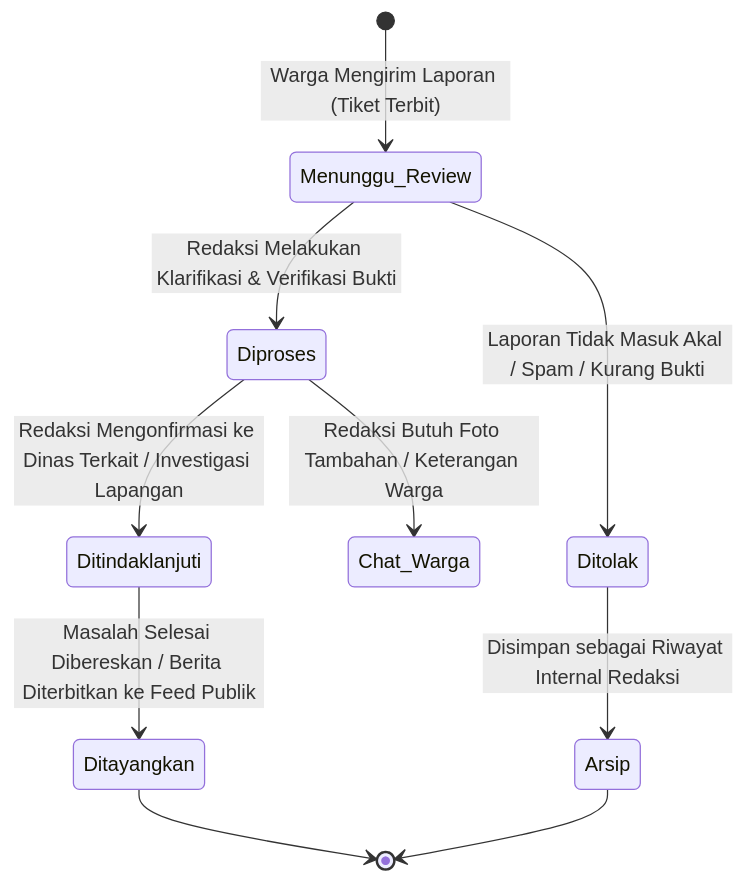
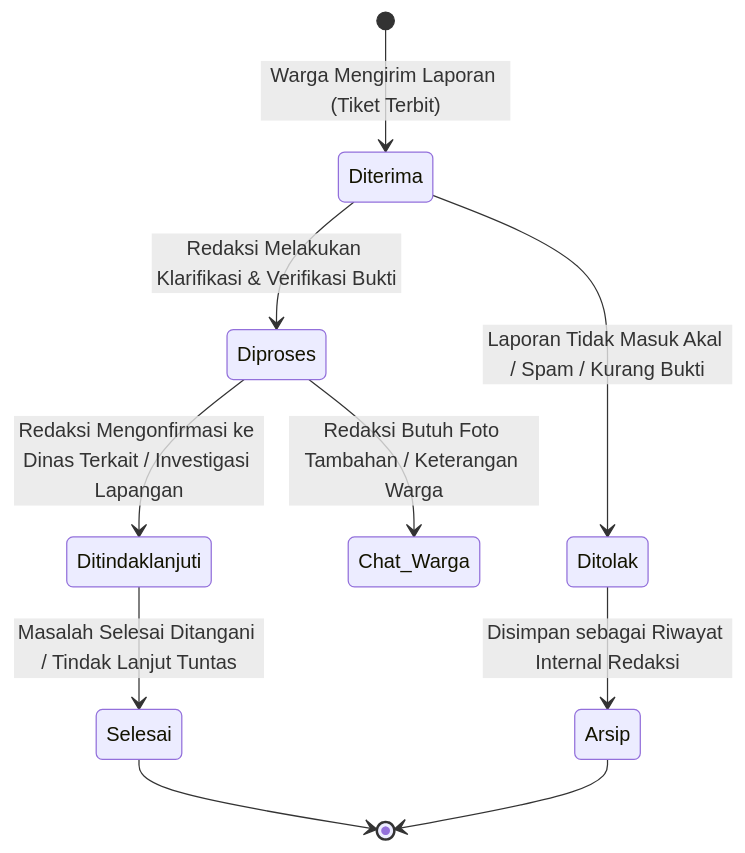
Before and after one commit to jurnal-vibes/jurnalvibes-website: the second of 2 diagrams in RANCANGAN_BACKEND_DAN_SISTEM.md, drawn with Mermaid. The commit also changed other lines of this file and 42 other files, not shown here.

````diff
--- a/RANCANGAN_BACKEND_DAN_SISTEM.md
+++ b/RANCANGAN_BACKEND_DAN_SISTEM.md
@@ -99,16 +105,16 @@
 ```mermaid
 stateDiagram-v2
-    [*] --> Menunggu_Review: Warga Mengirim Laporan (Tiket Terbit)
+    [*] --> Diterima: Warga Mengirim Laporan (Tiket Terbit)
     
-    Menunggu_Review --> Diproses: Redaksi Melakukan Klarifikasi & Verifikasi Bukti
-    Menunggu_Review --> Ditolak: Laporan Tidak Masuk Akal / Spam / Kurang Bukti
+    Diterima --> Diproses: Redaksi Melakukan Klarifikasi & Verifikasi Bukti
+    Diterima --> Ditolak: Laporan Tidak Masuk Akal / Spam / Kurang Bukti
     
     Diproses --> Ditindaklanjuti: Redaksi Mengonfirmasi ke Dinas Terkait / Investigasi Lapangan
     Diproses --> Chat_Warga: Redaksi Butuh Foto Tambahan / Keterangan Warga
     
-    Ditindaklanjuti --> Ditayangkan: Masalah Selesai Dibereskan / Berita Diterbitkan ke Feed Publik
+    Ditindaklanjuti --> Selesai: Masalah Selesai Ditangani / Tindak Lanjut Tuntas
     Ditolak --> Arsip: Disimpan sebagai Riwayat Internal Redaksi
     
-    Ditayangkan --> [*]
+    Selesai --> [*]
     Arsip --> [*]
 ```
````
